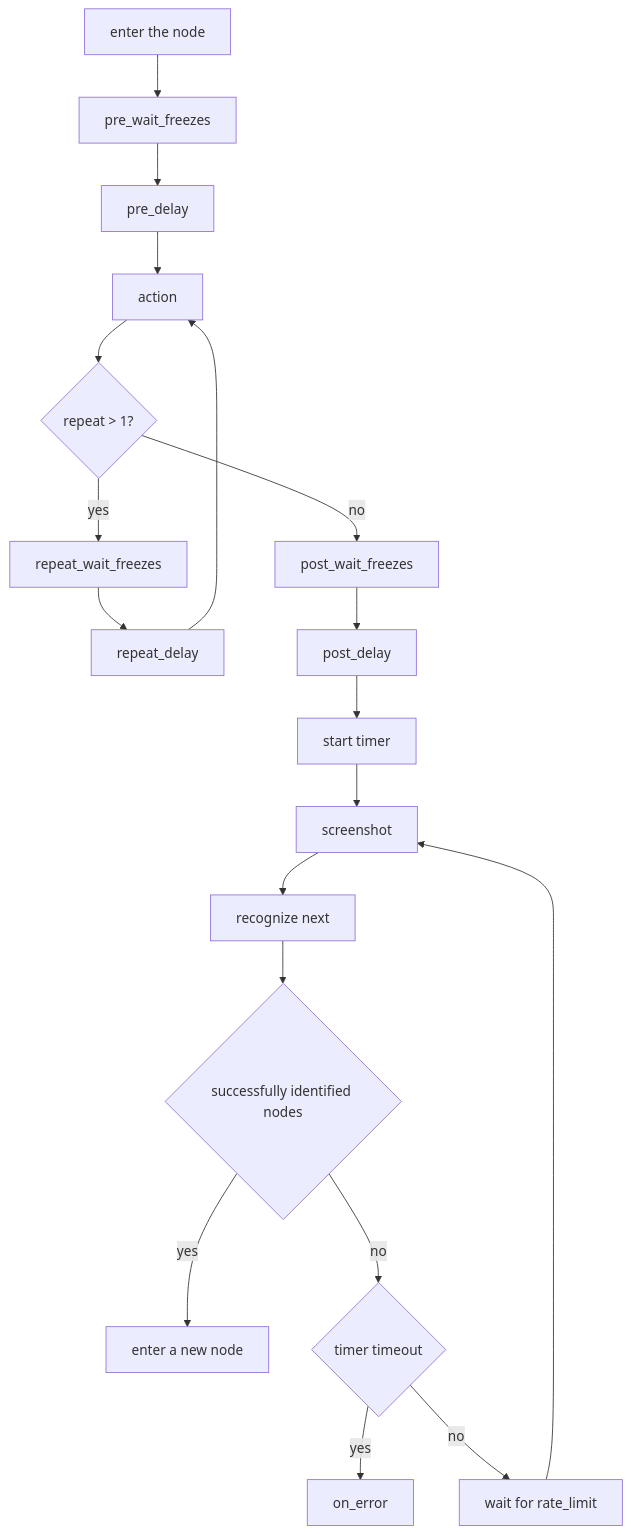
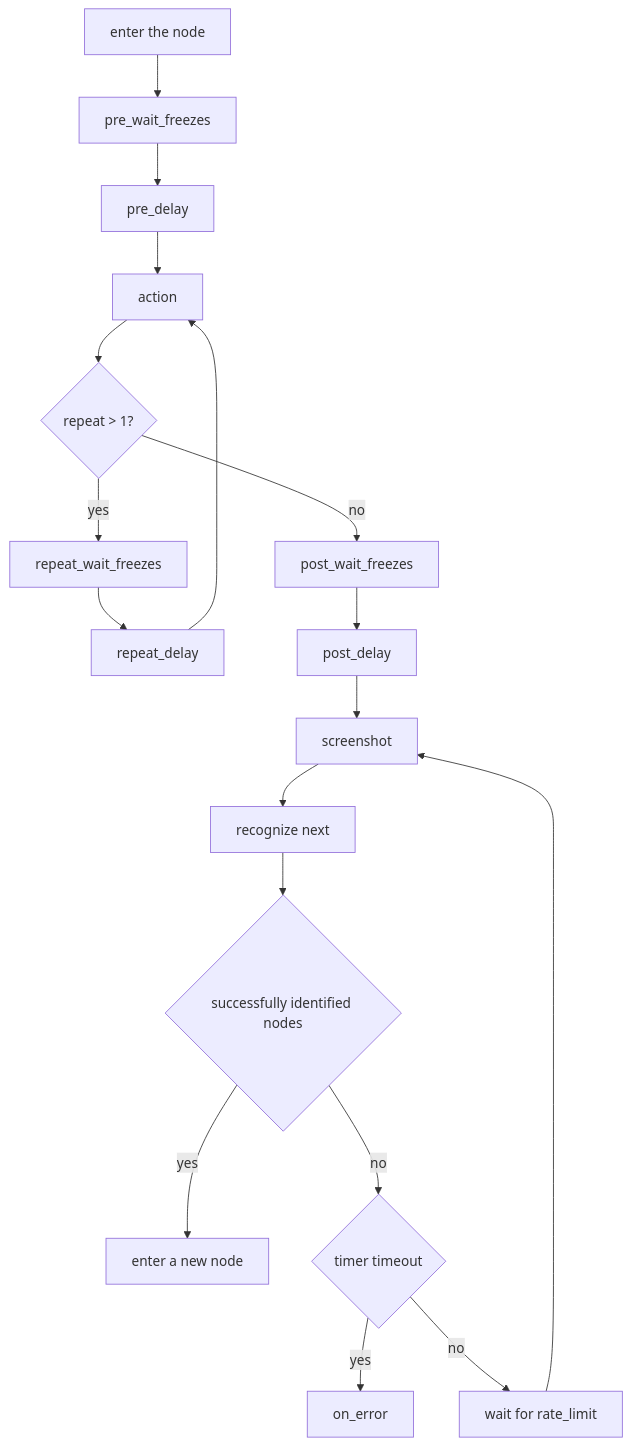
Before and after one commit to MaaXYZ/MaaFramework: the first of 4 diagrams in docs/en_us/3.1-PipelineProtocol.md, drawn with Mermaid. The commit also changed 1 other file, not shown here.

Commit message:
fix: remove start-timer node from flowchart and fix markdown formatting
Made-with: Cursor

````diff
--- a/docs/en_us/3.1-PipelineProtocol.md
+++ b/docs/en_us/3.1-PipelineProtocol.md
@@ -54,21 +54,20 @@
 ```mermaid
     flowchart TB
         A[enter the node] --> B[pre_wait_freezes]
         B --> C[pre_delay]
         C --> D[action]
         D --> M{"repeat > 1?"}
         M -->|yes| N[repeat_wait_freezes]
         N --> O[repeat_delay]
         O --> D
         M -->|no| E[post_wait_freezes]
         E --> F[post_delay]
-        F --> Q[start timer]
-        Q --> P[screenshot]
+        F --> P[screenshot]
         P --> G[recognize next]
         G --> H{successfully identified nodes}
         H -->|yes| I[enter a new node]
         H -->|no| J{"timer timeout"}
         J -->|yes| K[on_error]
         J -->|no| L[wait for rate_limit]
         L --> P
 ```
````
